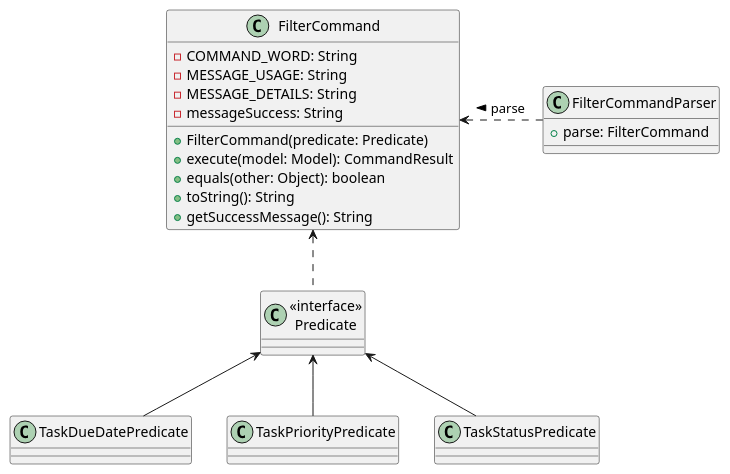
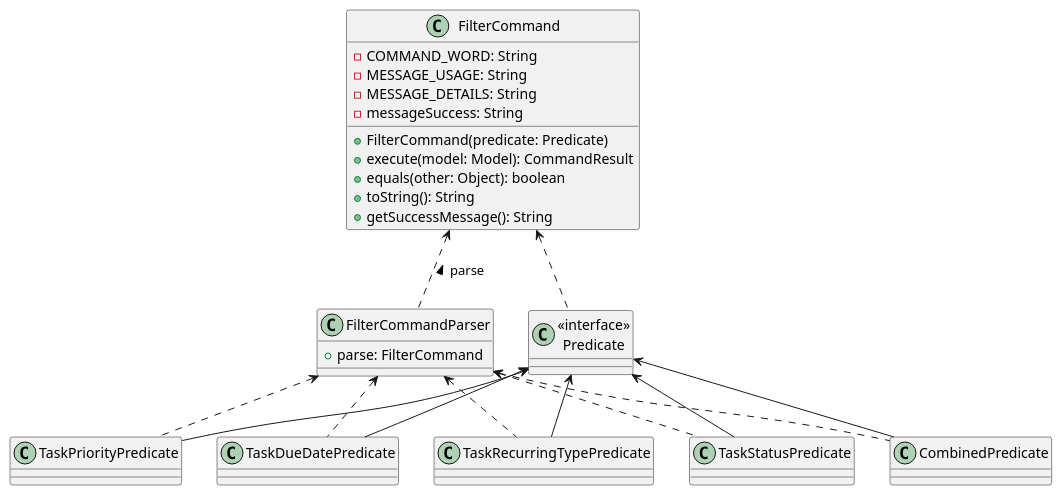
The diagram in docs/diagrams/FilterCommandClassDiagram.puml (yarnmengnus/tp), drawn with PlantUML before and after one commit. The commit also changed 60 other files, not shown here.

```diff
--- a/docs/diagrams/FilterCommandClassDiagram.puml
+++ b/docs/diagrams/FilterCommandClassDiagram.puml
@@ -1,33 +1,44 @@
 @startuml
+
 class FilterCommandParser {
   + parse: FilterCommand
 }
 
 class FilterCommand {
   - COMMAND_WORD: String
   - MESSAGE_USAGE: String
   - MESSAGE_DETAILS: String
   - messageSuccess: String
   + FilterCommand(predicate: Predicate)
   + execute(model: Model): CommandResult
   + equals(other: Object): boolean
   + toString(): String
   + getSuccessMessage(): String
 }
 
 class TaskDueDatePredicate
-
 class TaskPriorityPredicate
-
 class TaskStatusPredicate
+class TaskRecurringTypePredicate
+class CombinedPredicate
 
 class "<<interface>>\nPredicate" as Predicate
 
 FilterCommand <.. Predicate
 Predicate <-- TaskDueDatePredicate
 Predicate <-- TaskPriorityPredicate
 Predicate <-- TaskStatusPredicate
+Predicate <-- TaskRecurringTypePredicate
+Predicate <-- CombinedPredicate
+
+FilterCommandParser <.. TaskDueDatePredicate
+FilterCommandParser <.. TaskPriorityPredicate
+FilterCommandParser <.. TaskStatusPredicate
+FilterCommandParser <.. TaskRecurringTypePredicate
+FilterCommandParser <.. CombinedPredicate
+
+
 
 FilterCommandParser .left.> FilterCommand : parse >
 
 @enduml
```
